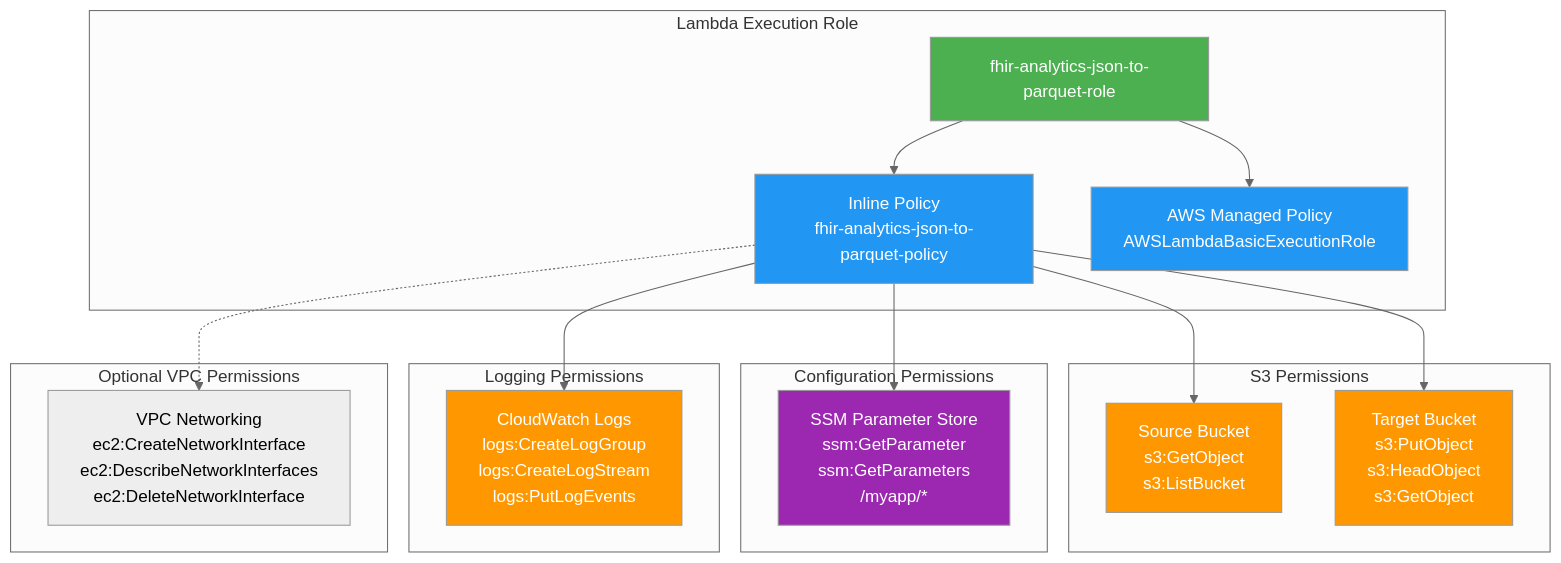
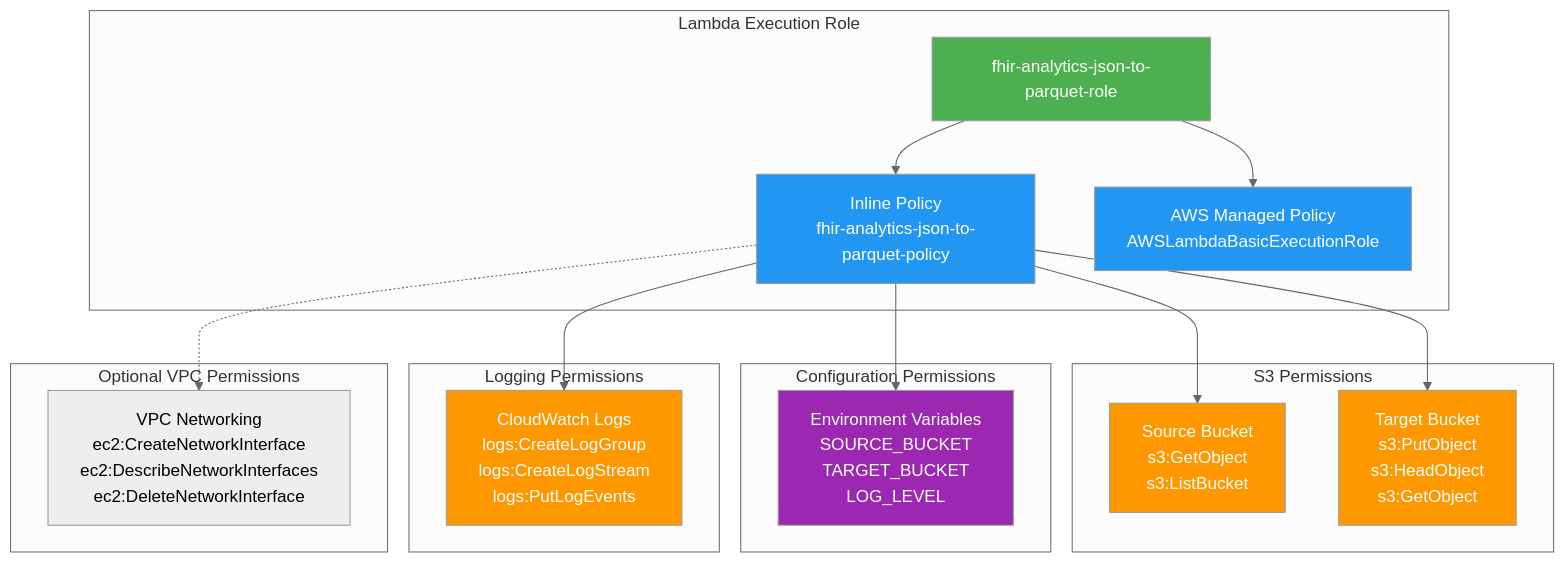
Before and after one commit to manifullstackdeveloper/aws_s3_parquet_athena_lambda: the ninth of 19 diagrams in docs/DIAGRAMS.md, drawn with Mermaid (neutral theme). The commit also changed other lines of this file and 27 other files, not shown here.

````diff
--- a/docs/DIAGRAMS.md
+++ b/docs/DIAGRAMS.md
@@ -410,42 +408,42 @@
 ```mermaid
 graph TB
     subgraph "Lambda Execution Role"
         Role[fhir-analytics-json-to-parquet-role]
         Policy[Inline Policy<br/>fhir-analytics-json-to-parquet-policy]
         ManagedPolicy[AWS Managed Policy<br/>AWSLambdaBasicExecutionRole]
     end
     
     subgraph "S3 Permissions"
         S3Read[Source Bucket<br/>s3:GetObject<br/>s3:ListBucket]
         S3Write[Target Bucket<br/>s3:PutObject<br/>s3:HeadObject<br/>s3:GetObject]
     end
     
     subgraph "Configuration Permissions"
-        SSMRead[SSM Parameter Store<br/>ssm:GetParameter<br/>ssm:GetParameters<br/>/myapp/*]
+        EnvVars[Environment Variables<br/>SOURCE_BUCKET<br/>TARGET_BUCKET<br/>LOG_LEVEL]
     end
     
     subgraph "Logging Permissions"
         CWLogs[CloudWatch Logs<br/>logs:CreateLogGroup<br/>logs:CreateLogStream<br/>logs:PutLogEvents]
     end
     
     subgraph "Optional VPC Permissions"
         VPCPerms[VPC Networking<br/>ec2:CreateNetworkInterface<br/>ec2:DescribeNetworkInterfaces<br/>ec2:DeleteNetworkInterface]
     end
     
     Role --> Policy
     Role --> ManagedPolicy
     
     Policy --> S3Read
     Policy --> S3Write
-    Policy --> SSMRead
+    Policy --> EnvVars
     Policy --> CWLogs
     Policy -.-> VPCPerms
     
     style Role fill:#4CAF50,color:#fff
     style Policy fill:#2196F3,color:#fff
     style ManagedPolicy fill:#2196F3,color:#fff
     style S3Read fill:#FF9800,color:#fff
     style S3Write fill:#FF9800,color:#fff
-    style SSMRead fill:#9C27B0,color:#fff
+    style EnvVars fill:#9C27B0,color:#fff
     style CWLogs fill:#ff9800,color:#fff
 ```
````
